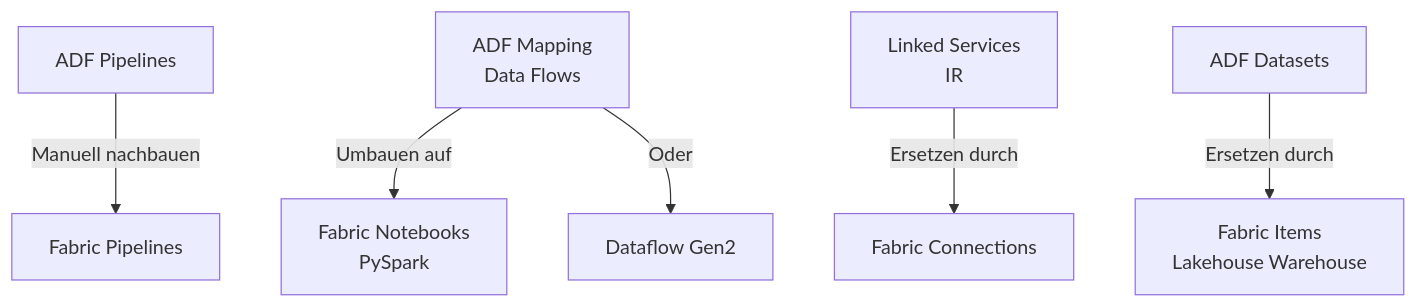
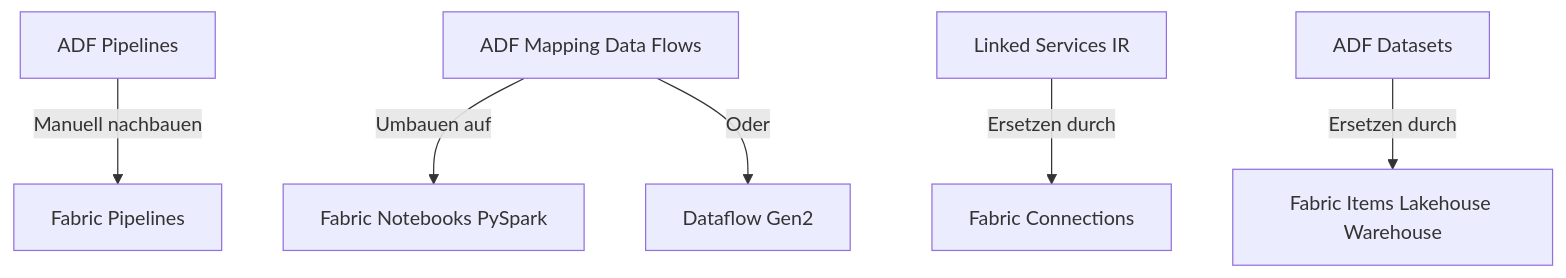
One commit to SoniiiT/notes-n-docs changed the sixth of 7 diagrams in Microsoft 365/Azure/Fabric/Fabric Data Factory.md. Above: the diagram before and after it, drawn with Mermaid. The commit also changed other lines of this file and 124 other files, not shown here.

First line of the commit message:
fix: Entferne \n aus allen Mermaid-Diagrammen (125 Dateien)

````diff
--- a/Microsoft 365/Azure/Fabric/Fabric Data Factory.md
+++ b/Microsoft 365/Azure/Fabric/Fabric Data Factory.md
@@ -318,8 +318,8 @@
 ```mermaid
 graph TD
     ADF_PL[ADF Pipelines] -->|Manuell nachbauen| FAB_PL[Fabric Pipelines]
-    ADF_DF[ADF Mapping\nData Flows] -->|Umbauen auf| FAB_NB[Fabric Notebooks\nPySpark]
+    ADF_DF[ADF Mapping Data Flows] -->|Umbauen auf| FAB_NB[Fabric Notebooks PySpark]
     ADF_DF -->|Oder| FAB_DFG2[Dataflow Gen2]
-    ADF_LIR[Linked Services\nIR] -->|Ersetzen durch| FAB_CONN[Fabric Connections]
-    ADF_DS[ADF Datasets] -->|Ersetzen durch| FAB_ITEM[Fabric Items\nLakehouse Warehouse]
+    ADF_LIR[Linked Services IR] -->|Ersetzen durch| FAB_CONN[Fabric Connections]
+    ADF_DS[ADF Datasets] -->|Ersetzen durch| FAB_ITEM[Fabric Items Lakehouse Warehouse]
 ```
````
